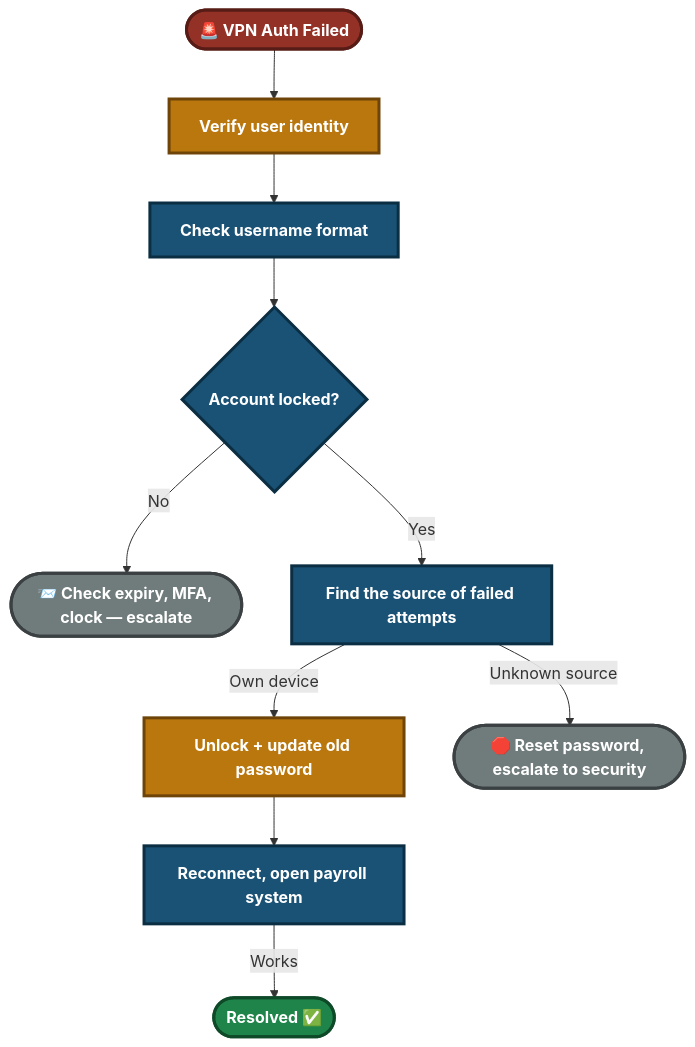
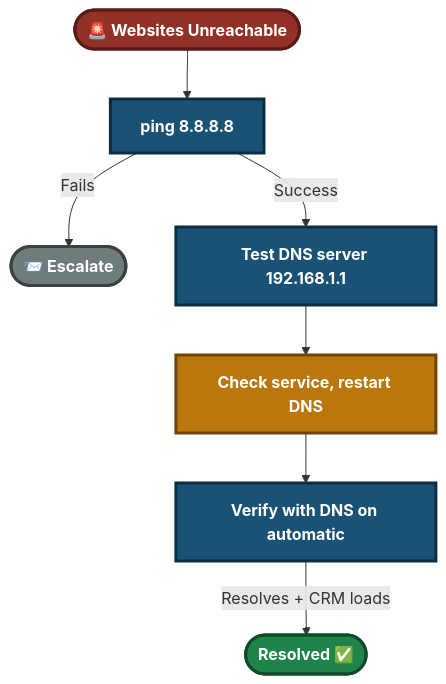
Before and after one commit to malaika-azhar/Customer-Tech-Support-Portfolio: the fifth of 5 diagrams in 02-ticket-simulations/02.1-DNS-Ticket.md, drawn with Mermaid. The commit also changed other lines of this file, not shown here.

````diff
--- a/02-ticket-simulations/02.1-DNS-Ticket.md
+++ b/02-ticket-simulations/02.1-DNS-Ticket.md
@@ -361,18 +393,15 @@
 ```mermaid
 flowchart TD
-    Start(["🚨 VPN Auth Failed"]):::start --> V["Verify user identity"]:::fix
-    V --> A["Check username format"]:::step
-    A --> B{"Account locked?"}:::step
-    B -->|No| D(["📨 Check expiry, MFA, clock — escalate"]):::esc
-    B -->|Yes| S["Find the source of failed attempts"]:::step
-    S -->|Own device| C["Unlock + update old password"]:::fix
-    S -->|Unknown source| X(["🛑 Reset password, escalate to security"]):::esc
-    C --> F["Reconnect, open payroll system"]:::step
-    F -->|Works| End1(["Resolved ✅"]):::ok
+    Start(["🚨 Websites Unreachable"]):::start --> A["ping 8.8.8.8"]:::step
+    A -->|Fails| N(["📨 Escalate"]):::esc
+    A -->|Success| C["Test DNS server 192.168.1.1"]:::step
+    C --> D["Check service, restart DNS"]:::fix
+    D --> F["Verify with DNS on automatic"]:::step
+    F -->|Resolves + CRM loads| End1(["Resolved ✅"]):::ok
 
     classDef start fill:#943126,stroke:#571C16,stroke-width:3px,color:#FFFFFF,font-weight:bold
     classDef step fill:#1A5276,stroke:#0B2E43,stroke-width:3px,color:#FFFFFF,font-weight:bold
     classDef fix fill:#B9770E,stroke:#6E4409,stroke-width:3px,color:#FFFFFF,font-weight:bold
     classDef ok fill:#1E8449,stroke:#0E4A28,stroke-width:3px,color:#FFFFFF,font-weight:bold
     classDef esc fill:#707B7C,stroke:#3B4142,stroke-width:3px,color:#FFFFFF,font-weight:bold
 ```
````
